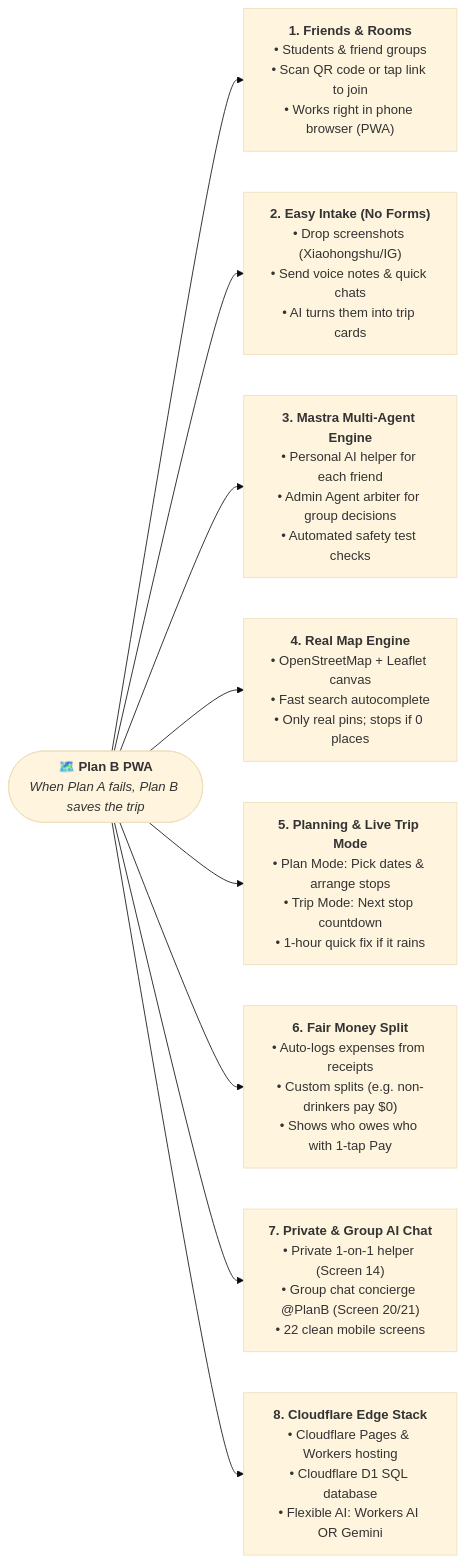
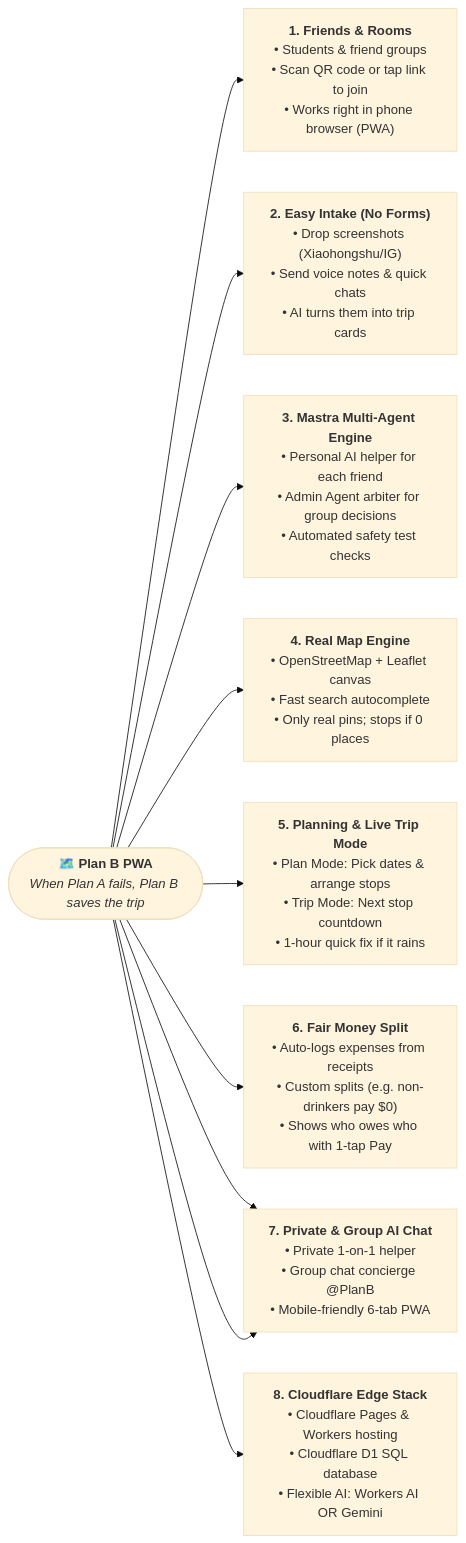
One commit to nlzce/We-are-the-champions_Plan-B changed the second of 21 diagrams in README.md. Above: the diagram before and after it, drawn with Mermaid (base theme). The commit also changed other lines of this file, not shown here.

````diff
--- a/README.md
+++ b/README.md
@@ -78,13 +79,14 @@
 ```mermaid
 flowchart LR
   Root(["<b>🗺️ Plan B PWA</b><br/><i>When Plan A fails, Plan B saves the trip</i>"])
 
   Root --> U["<b>1. Friends & Rooms</b><br/>• Students & friend groups<br/>• Scan QR code or tap link to join<br/>• Works right in phone browser (PWA)"]
   Root --> P["<b>2. Easy Intake (No Forms)</b><br/>• Drop screenshots (Xiaohongshu/IG)<br/>• Send voice notes & quick chats<br/>• AI turns them into trip cards"]
   Root --> A["<b>3. Mastra Multi-Agent Engine</b><br/>• Personal AI helper for each friend<br/>• Admin Agent arbiter for group decisions<br/>• Automated safety test checks"]
   Root --> M["<b>4. Real Map Engine</b><br/>• OpenStreetMap + Leaflet canvas<br/>• Fast search autocomplete<br/>• Only real pins; stops if 0 places"]
   Root --> D["<b>5. Planning & Live Trip Mode</b><br/>• Plan Mode: Pick dates & arrange stops<br/>• Trip Mode: Next stop countdown<br/>• 1-hour quick fix if it rains"]
   Root --> B["<b>6. Fair Money Split</b><br/>• Auto-logs expenses from receipts<br/>• Custom splits (e.g. non-drinkers pay $0)<br/>• Shows who owes who with 1-tap Pay"]
   Root --> S["<b>7. Private & Group AI Chat</b><br/>• Private 1-on-1 helper (Screen 14)<br/>• Group chat concierge @PlanB (Screen 20/21)<br/>• 22 clean mobile screens"]
+  Root --> S["<b>7. Private & Group AI Chat</b><br/>• Private 1-on-1 helper<br/>• Group chat concierge @PlanB<br/>• Mobile-friendly 6-tab PWA"]
   Root --> C["<b>8. Cloudflare Edge Stack</b><br/>• Cloudflare Pages & Workers hosting<br/>• Cloudflare D1 SQL database<br/>• Flexible AI: Workers AI OR Gemini"]
 ```
````
